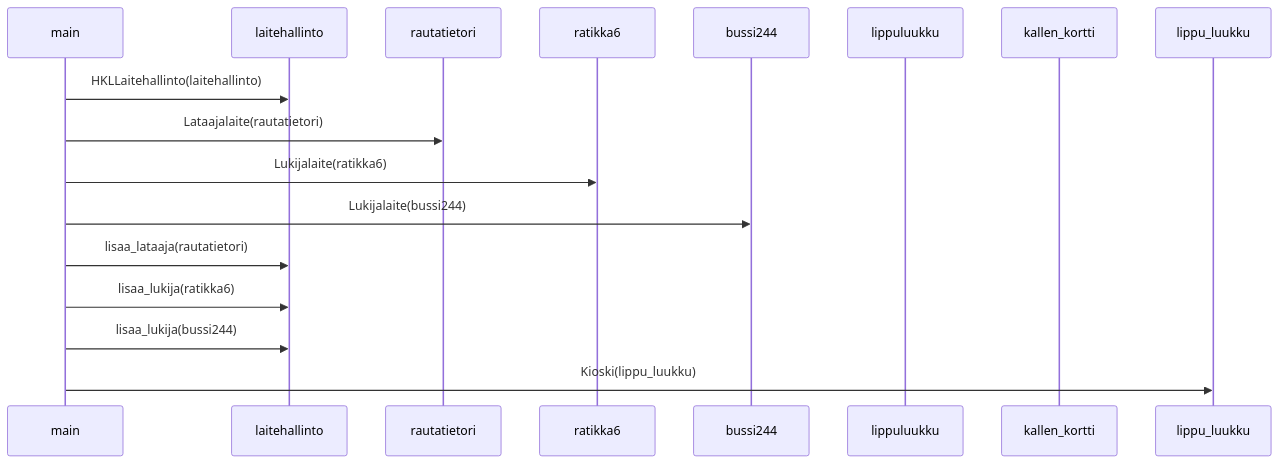
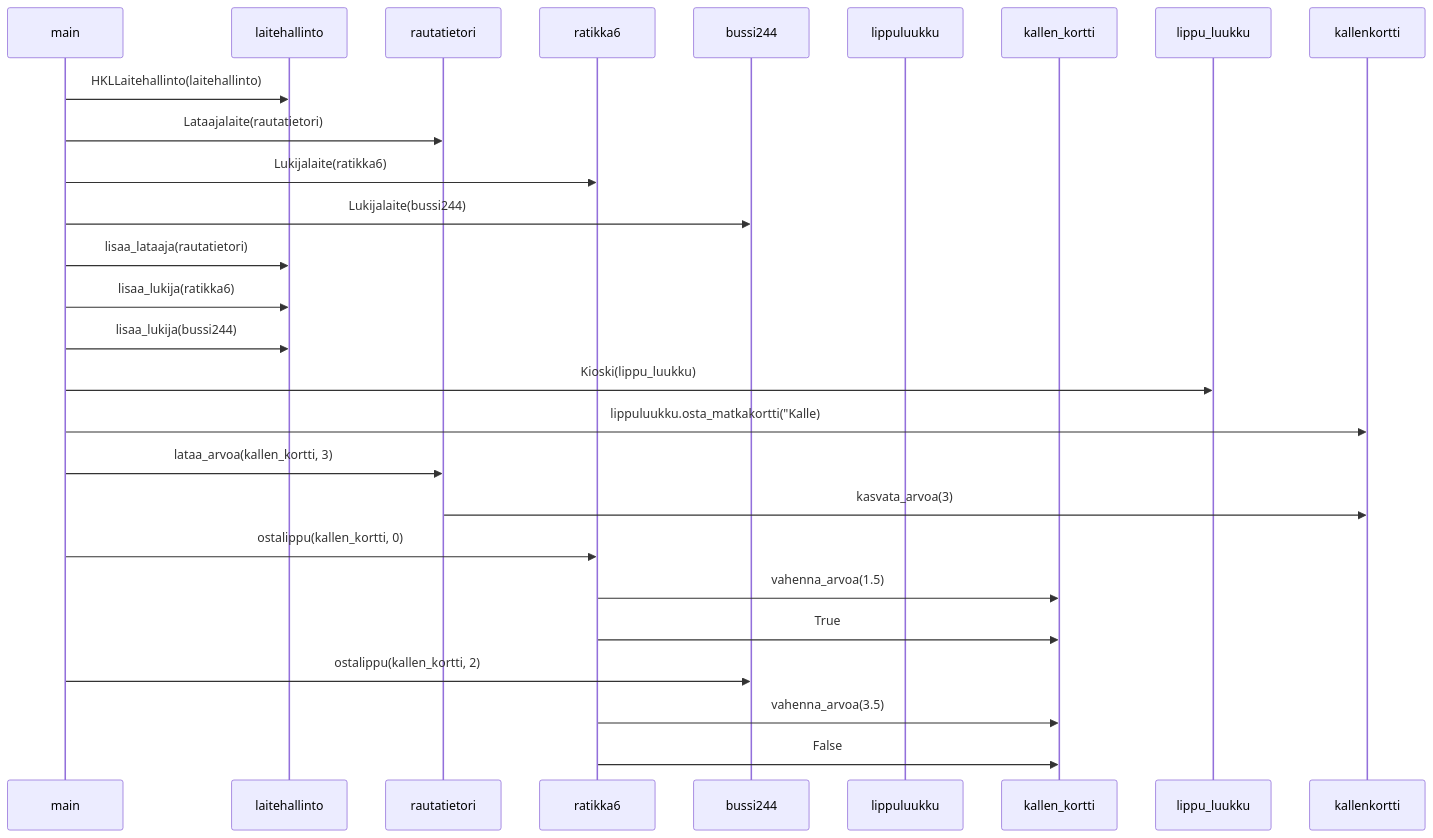
Before and after one commit to LHuldin/ot-harjoitustyo24: the diagram in laskarit/viikko3/matkakortti.md, drawn with Mermaid.

````diff
--- a/laskarit/viikko3/matkakortti.md
+++ b/laskarit/viikko3/matkakortti.md
@@ -1,23 +1,40 @@
 ```mermaid
 sequenceDiagram
     participant main
     participant laitehallinto
     participant rautatietori
     participant ratikka6
     participant bussi244
     participant lippuluukku
     participant kallen_kortti
 
     main->>laitehallinto: HKLLaitehallinto(laitehallinto)
     main->>rautatietori: Lataajalaite(rautatietori)
     main->>ratikka6: Lukijalaite(ratikka6)
     main->>bussi244: Lukijalaite(bussi244)
 
     main->>laitehallinto: lisaa_lataaja(rautatietori)
     main->>laitehallinto: lisaa_lukija(ratikka6)
     main->>laitehallinto: lisaa_lukija(bussi244)
 
     main->>lippu_luukku: Kioski(lippu_luukku)
+    main->>kallenkortti: lippuluukku.osta_matkakortti("Kalle)
+    main->>rautatietori: lataa_arvoa(kallen_kortti, 3)
+    rautatietori->>kallenkortti: kasvata_arvoa(3)
+
+    main->>ratikka6: ostalippu(kallen_kortti, 0)
+    ratikka6->>kallen_kortti: vahenna_arvoa(1.5)
+    ratikka6->>kallen_kortti: True
+
+    main->>bussi244: ostalippu(kallen_kortti, 2)
+    ratikka6->>kallen_kortti: vahenna_arvoa(3.5)
+    ratikka6->>kallen_kortti: False
+
+
+    
+
+
+
 
 
 ```
````
